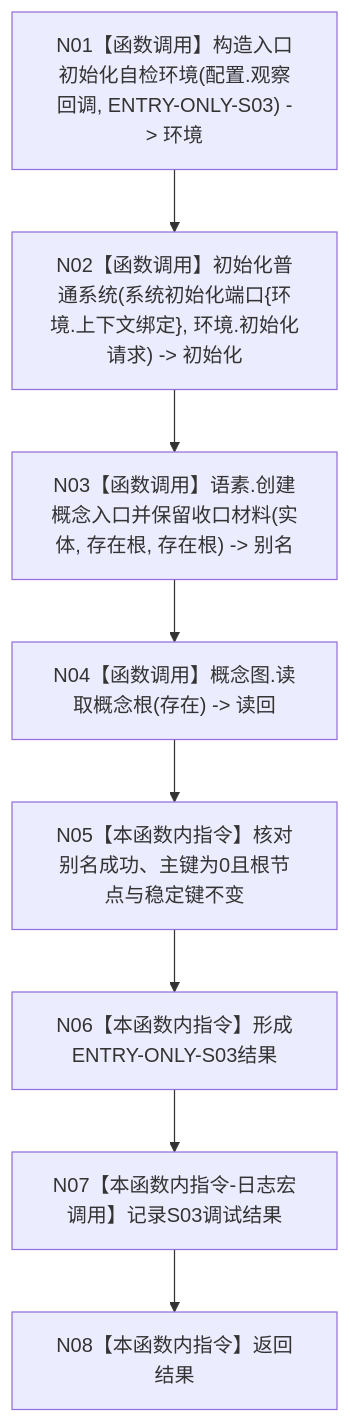
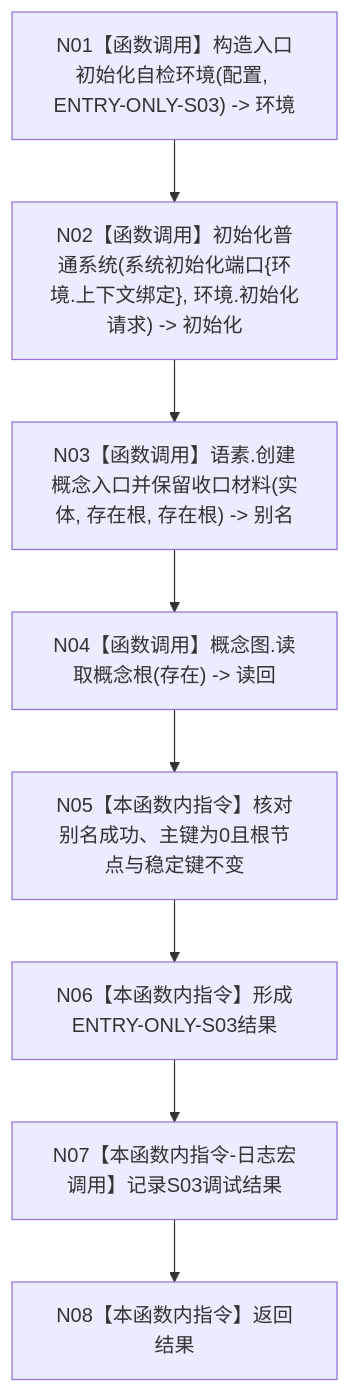
Before and after one commit to chunhaizh-cyber/HY-Ego: the diagram in 流程图/20260726_ENTRY-ONLY_S03_概念图非名称身份_施工流程图_v0.1.md, drawn with Mermaid. The commit also changed 51 other files, not shown here.

Commit message:
修订 ENTRY-ONLY 登记设计合同

````diff
--- a/流程图/20260726_ENTRY-ONLY_S03_概念图非名称身份_施工流程图_v0.1.md
+++ b/流程图/20260726_ENTRY-ONLY_S03_概念图非名称身份_施工流程图_v0.1.md
@@ -27,10 +27,10 @@
 ```mermaid
 flowchart TD
-    N01["N01【函数调用】构造入口初始化自检环境(配置.观察回调, ENTRY-ONLY-S03) -> 环境"] --> N02["N02【函数调用】初始化普通系统(系统初始化端口{环境.上下文绑定}, 环境.初始化请求) -> 初始化"]
+    N01["N01【函数调用】构造入口初始化自检环境(配置, ENTRY-ONLY-S03) -> 环境"] --> N02["N02【函数调用】初始化普通系统(系统初始化端口{环境.上下文绑定}, 环境.初始化请求) -> 初始化"]
     N02 --> N03["N03【函数调用】语素.创建概念入口并保留收口材料(实体, 存在根, 存在根) -> 别名"]
     N03 --> N04["N04【函数调用】概念图.读取概念根(存在) -> 读回"]
     N04 --> N05["N05【本函数内指令】核对别名成功、主键为0且根节点与稳定键不变"]
     N05 --> N06["N06【本函数内指令】形成ENTRY-ONLY-S03结果"]
     N06 --> N07["N07【本函数内指令-日志宏调用】记录S03调试结果"]
     N07 --> N08["N08【本函数内指令】返回结果"]
 ```
````
